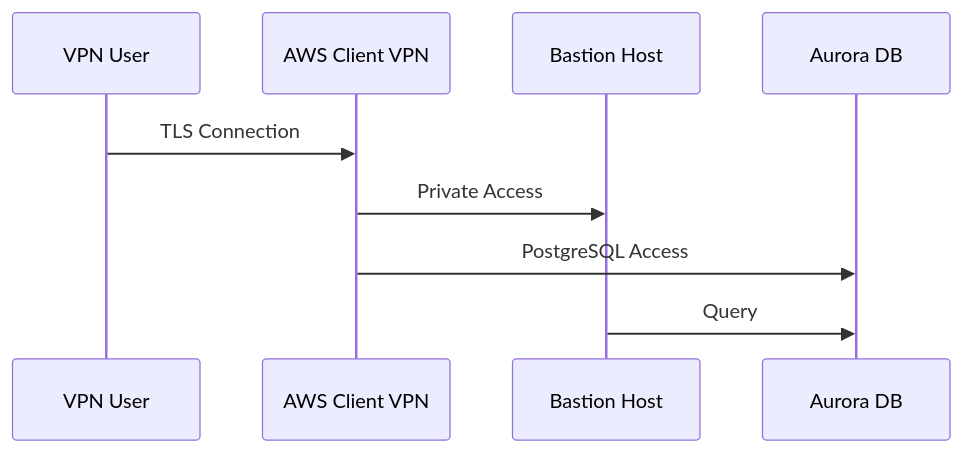
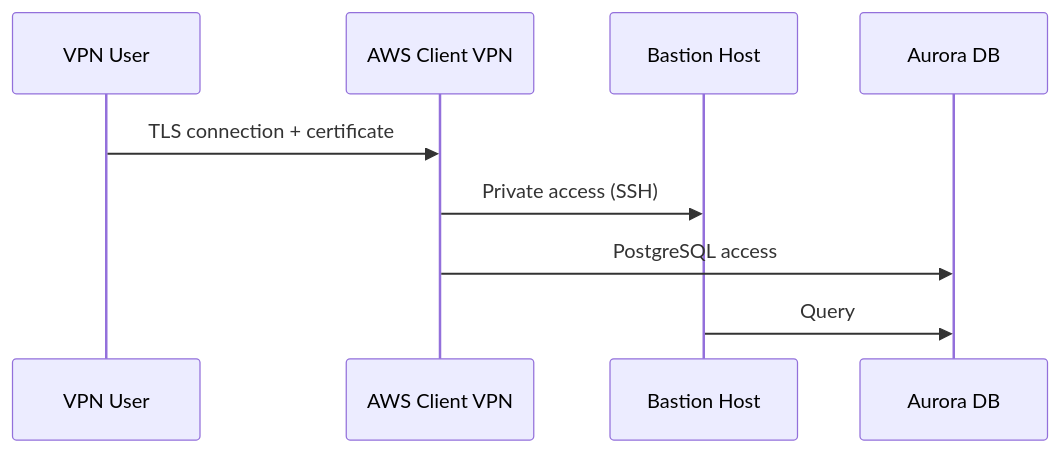
The second of 6 diagrams in README-EN.md (enkumamoto/cdk_infra_test), drawn with Mermaid before and after one commit. The commit also changed other lines of this file and 9 other files, not shown here.

````diff
--- a/README-EN.md
+++ b/README-EN.md
@@ -86,12 +86,12 @@
 ```mermaid
 sequenceDiagram
     participant User as VPN User
     participant VPN as AWS Client VPN
     participant Bastion as Bastion Host
     participant RDS as Aurora DB
 
-    User->>VPN: TLS Connection
-    VPN->>Bastion: Private Access
-    VPN->>RDS: PostgreSQL Access
+    User->>VPN: TLS connection + certificate
+    VPN->>Bastion: Private access (SSH)
+    VPN->>RDS: PostgreSQL access
     Bastion->>RDS: Query
 ```
````
